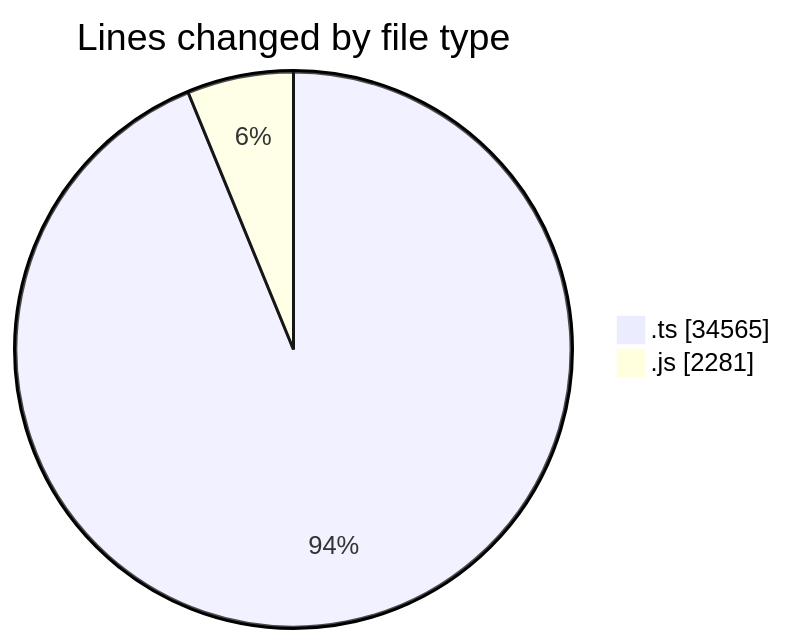
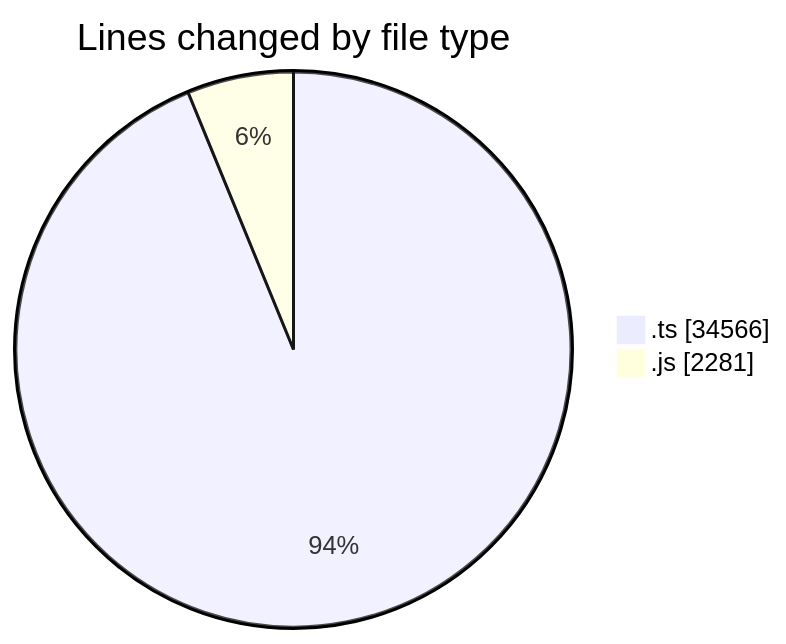
Before and after one commit to momahboobian/code-tracking: the first of 2 diagrams in 2025-06-26/cda/README.md, drawn with Mermaid. The commit also changed other lines of this file and 1 other file, not shown here.

````diff
--- a/2025-06-26/cda/README.md
+++ b/2025-06-26/cda/README.md
@@ -36,6 +36,6 @@
 ```mermaid
 pie showData
 title Lines changed by file type
-".ts" : 34565
+".ts" : 34566
 ".js" : 2281
 ```
````
